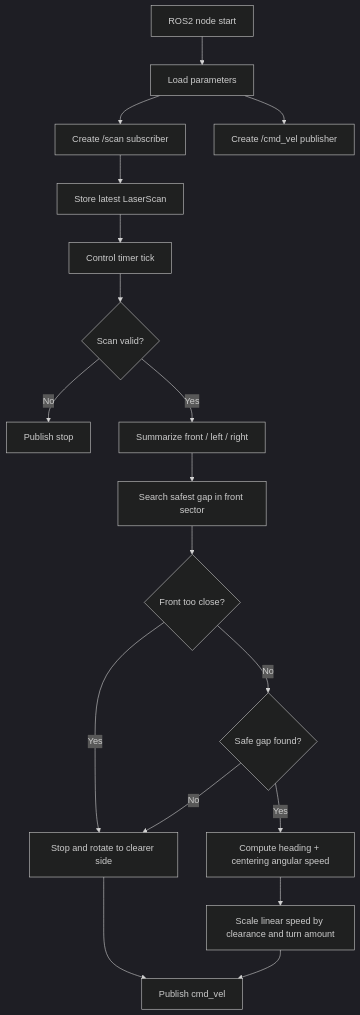
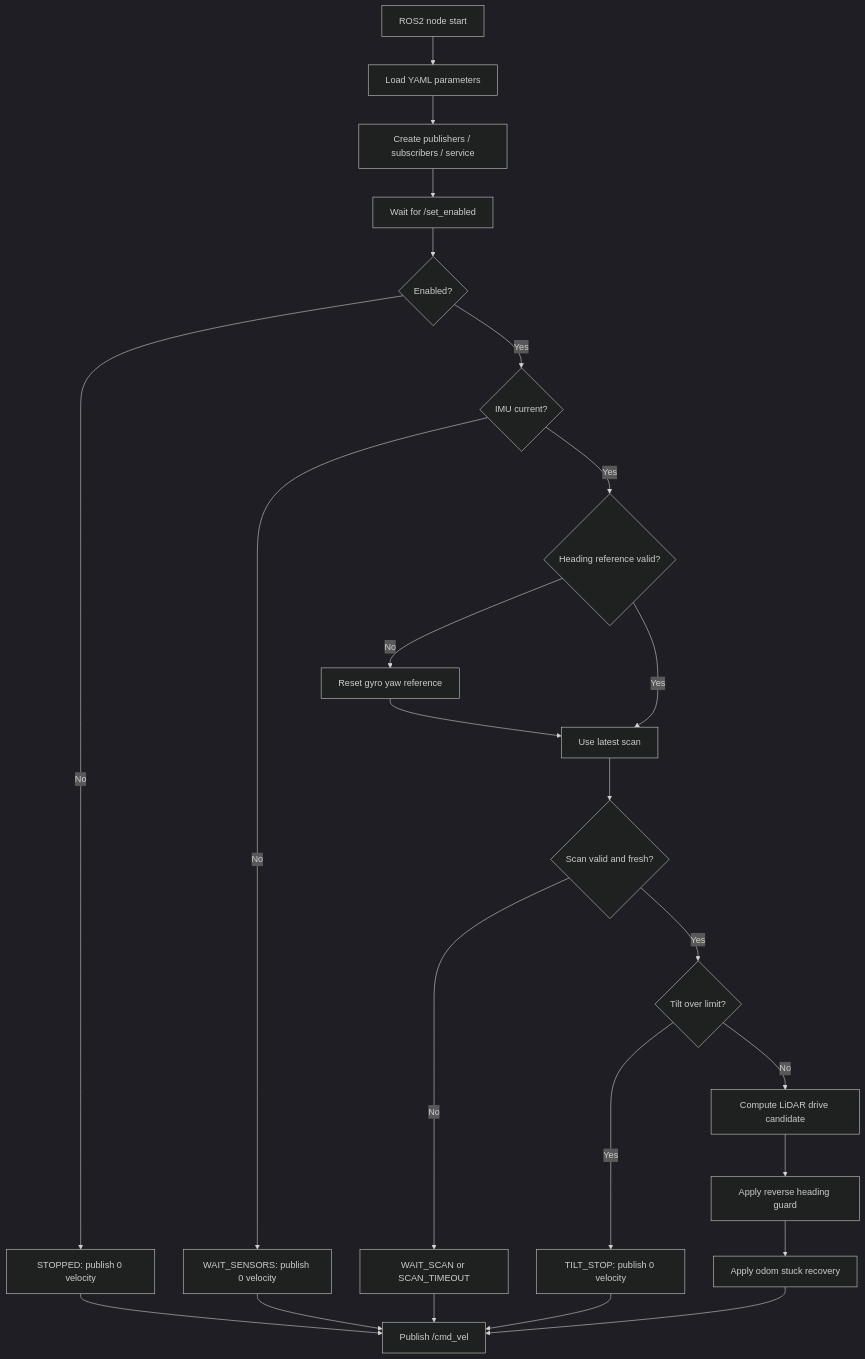
The first of 2 diagrams in src/turtlebot_autonomous_gap_drive/FLOW.md (jhongno01/ROS2_Courses), drawn with Mermaid (dark theme) before and after one commit. The commit also changed other lines of this file and 11 other files, not shown here.

````diff
--- a/src/turtlebot_autonomous_gap_drive/FLOW.md
+++ b/src/turtlebot_autonomous_gap_drive/FLOW.md
@@ -7,20 +7,26 @@
 ```mermaid
 flowchart TD
-    A["ROS2 node start"] --> B["Load parameters"]
-    B --> C["Create /scan subscriber"]
-    B --> D["Create /cmd_vel publisher"]
-    C --> E["Store latest LaserScan"]
-    E --> F["Control timer tick"]
-    F --> G{"Scan valid?"}
-    G -- "No" --> H["Publish stop"]
-    G -- "Yes" --> I["Summarize front / left / right"]
-    I --> J["Search safest gap in front sector"]
-    J --> K{"Front too close?"}
-    K -- "Yes" --> L["Stop and rotate to clearer side"]
-    K -- "No" --> M{"Safe gap found?"}
-    M -- "No" --> L
-    M -- "Yes" --> N["Compute heading + centering angular speed"]
-    N --> O["Scale linear speed by clearance and turn amount"]
-    O --> P["Publish cmd_vel"]
-    L --> P
+    A["ROS2 node start"] --> B["Load YAML parameters"]
+    B --> C["Create publishers / subscribers / service"]
+    C --> D["Wait for /set_enabled"]
+    D --> E{"Enabled?"}
+    E -- "No" --> F["STOPPED: publish 0 velocity"]
+    E -- "Yes" --> G{"IMU current?"}
+    G -- "No" --> H["WAIT_SENSORS: publish 0 velocity"]
+    G -- "Yes" --> I{"Heading reference valid?"}
+    I -- "No" --> J["Reset gyro yaw reference"]
+    I -- "Yes" --> K["Use latest scan"]
+    J --> K
+    K --> L{"Scan valid and fresh?"}
+    L -- "No" --> M["WAIT_SCAN or SCAN_TIMEOUT"]
+    L -- "Yes" --> N{"Tilt over limit?"}
+    N -- "Yes" --> O["TILT_STOP: publish 0 velocity"]
+    N -- "No" --> P["Compute LiDAR drive candidate"]
+    P --> Q["Apply reverse heading guard"]
+    Q --> R["Apply odom stuck recovery"]
+    R --> S["Publish /cmd_vel"]
+    F --> S
+    H --> S
+    M --> S
+    O --> S
 ```
````
